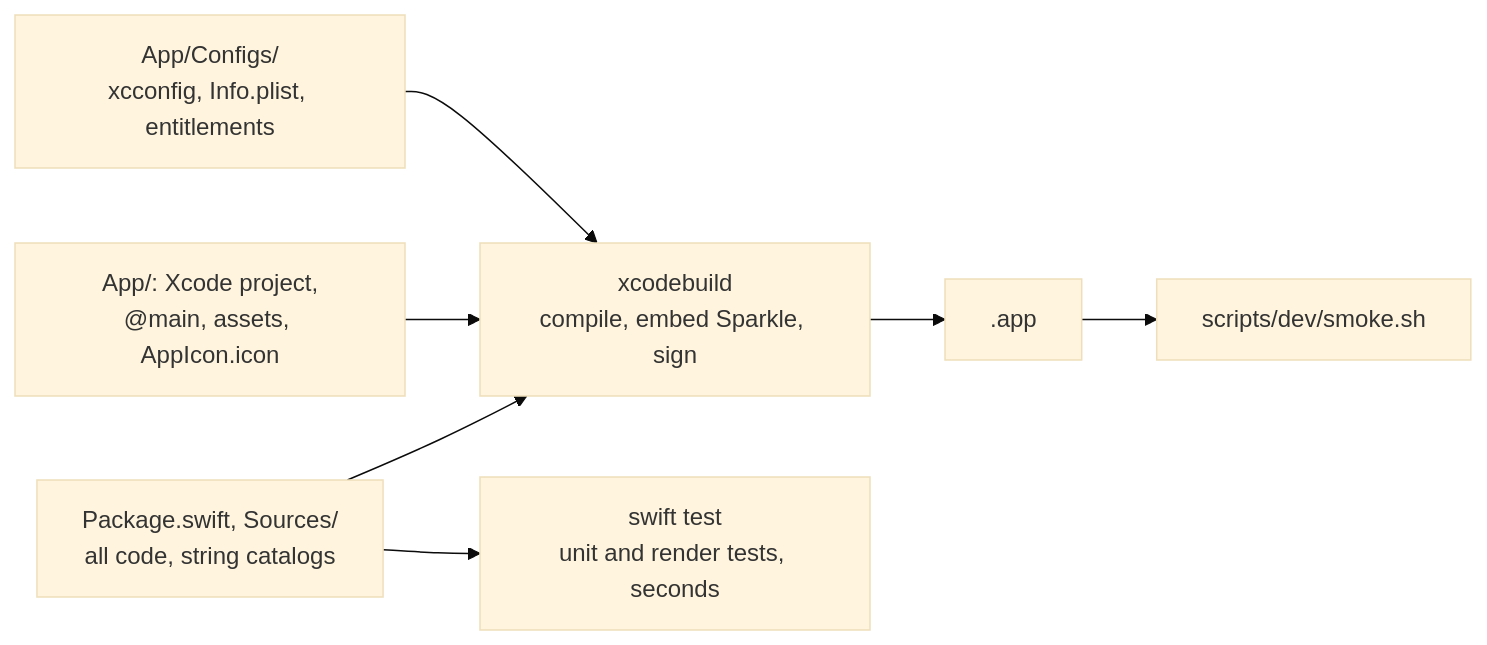
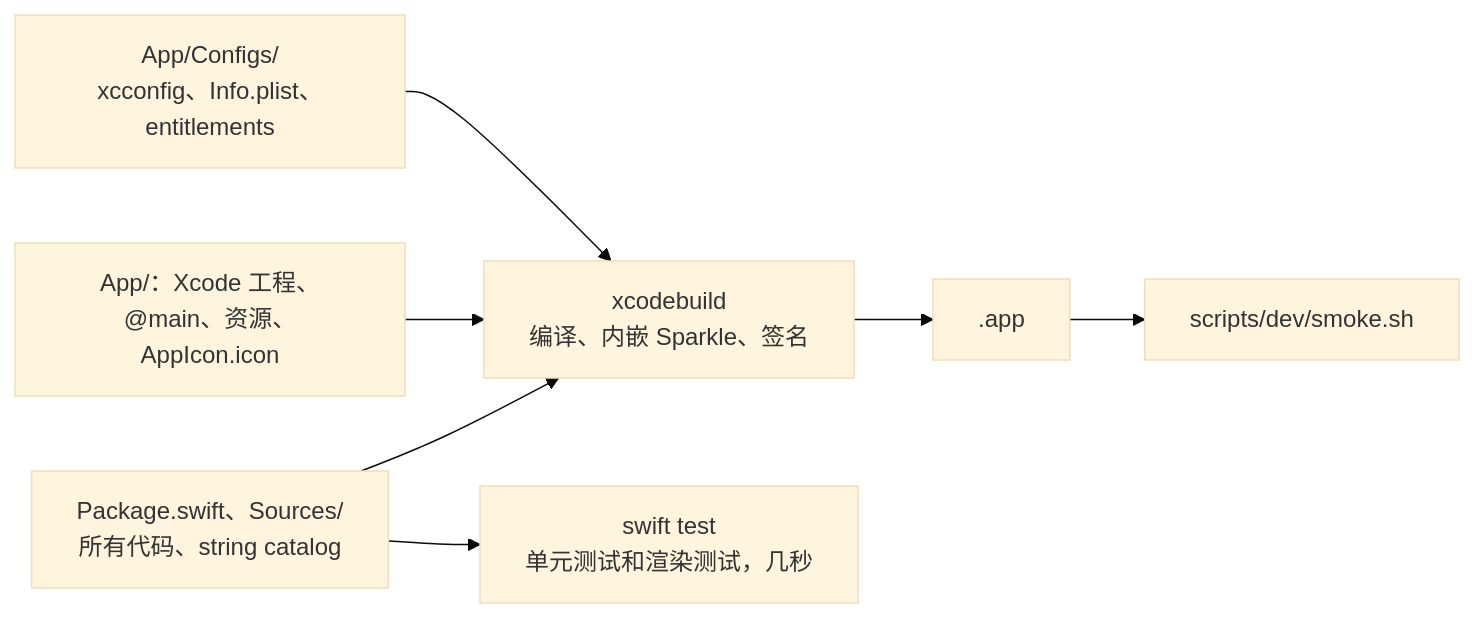
Before and after one commit to chengzi-io/macos-swiftui-spm-template: the first of 3 diagrams in docs/zh/ARCHITECTURE.md, drawn with Mermaid (base theme). The commit also changed other lines of this file and 9 other files, not shown here.

````diff
--- a/docs/zh/ARCHITECTURE.md
+++ b/docs/zh/ARCHITECTURE.md
@@ -9,8 +9,8 @@
 ```mermaid
 flowchart LR
-    pkg["Package.swift, Sources/<br/>all code, string catalogs"] --> xb
-    shell["App/: Xcode project,<br/>@main, assets, AppIcon.icon"] --> xb
-    cfg["App/Configs/<br/>xcconfig, Info.plist, entitlements"] --> xb
-    xb["xcodebuild<br/>compile, embed Sparkle, sign"] --> app[".app"] --> smoke["scripts/dev/smoke.sh"]
-    pkg --> st["swift test<br/>unit and render tests, seconds"]
+    pkg["Package.swift、Sources/<br/>所有代码、string catalog"] --> xb
+    shell["App/：Xcode 工程、<br/>@main、资源、AppIcon.icon"] --> xb
+    cfg["App/Configs/<br/>xcconfig、Info.plist、entitlements"] --> xb
+    xb["xcodebuild<br/>编译、内嵌 Sparkle、签名"] --> app[".app"] --> smoke["scripts/dev/smoke.sh"]
+    pkg --> st["swift test<br/>单元测试和渲染测试，几秒"]
 ```
````
